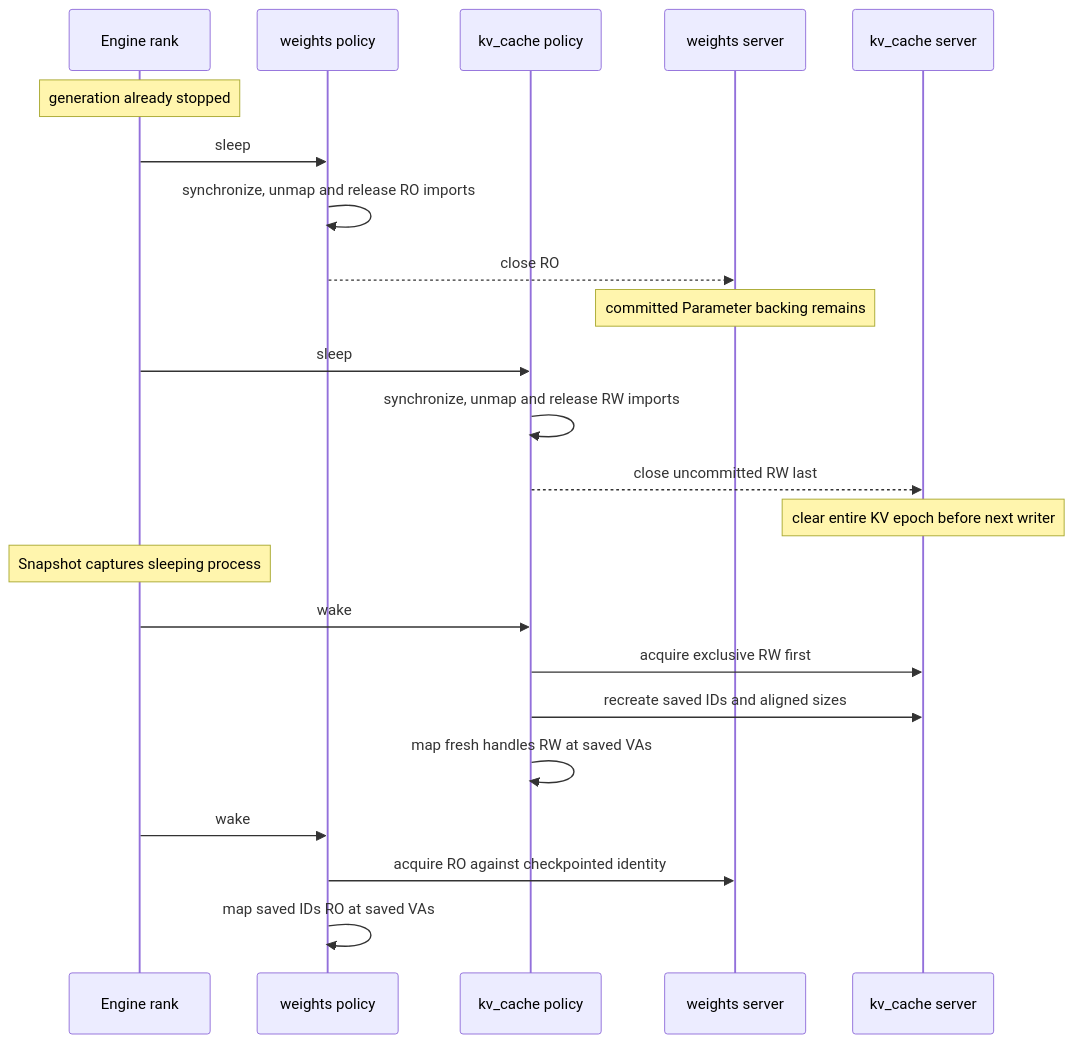
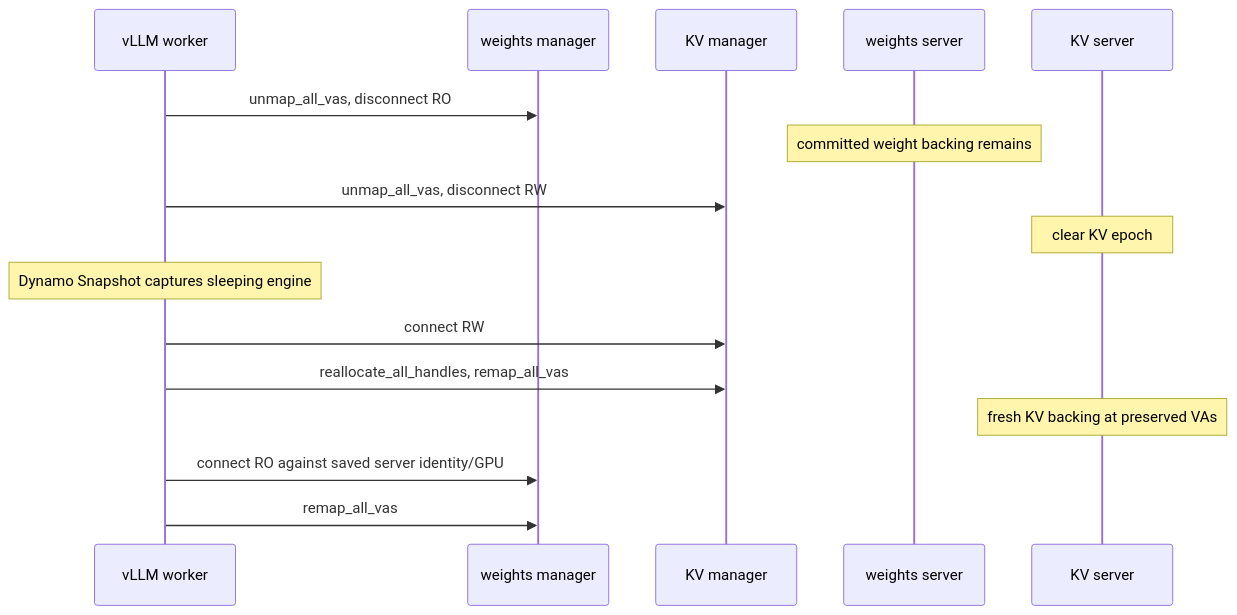
The diagram in lib/gpu_memory_service/v1/README.md (ai-dynamo/dynamo), drawn with Mermaid before and after one commit. The commit also changed other lines of this file and 24 other files, not shown here.

````diff
--- a/lib/gpu_memory_service/v1/README.md
+++ b/lib/gpu_memory_service/v1/README.md
@@ -82,27 +115,20 @@
 ```mermaid
 sequenceDiagram
-    participant W as Engine rank
-    participant P as weights policy
-    participant K as kv_cache policy
-    participant PS as weights server
-    participant KS as kv_cache server
+    participant W as vLLM worker
+    participant WM as weights manager
+    participant KM as KV manager
+    participant WS as weights server
+    participant KS as KV server
 
-    Note over W: generation already stopped
-    W->>P: sleep
-    P->>P: synchronize, unmap and release RO imports
-    P-->>PS: close RO
-    Note over PS: committed Parameter backing remains
-    W->>K: sleep
-    K->>K: synchronize, unmap and release RW imports
-    K-->>KS: close uncommitted RW last
-    Note over KS: clear entire KV epoch before next writer
-    Note over W: Snapshot captures sleeping process
+    W->>WM: unmap_all_vas, disconnect RO
+    Note over WS: committed weight backing remains
+    W->>KM: unmap_all_vas, disconnect RW
+    Note over KS: clear KV epoch
+    Note over W: Dynamo Snapshot captures sleeping engine
 
-    W->>K: wake
-    K->>KS: acquire exclusive RW first
-    K->>KS: recreate saved IDs and aligned sizes
-    K->>K: map fresh handles RW at saved VAs
-    W->>P: wake
-    P->>PS: acquire RO against checkpointed identity
-    P->>P: map saved IDs RO at saved VAs
+    W->>KM: connect RW
+    W->>KM: reallocate_all_handles, remap_all_vas
+    Note over KS: fresh KV backing at preserved VAs
+    W->>WM: connect RO against saved server identity/GPU
+    W->>WM: remap_all_vas
 ```
````
